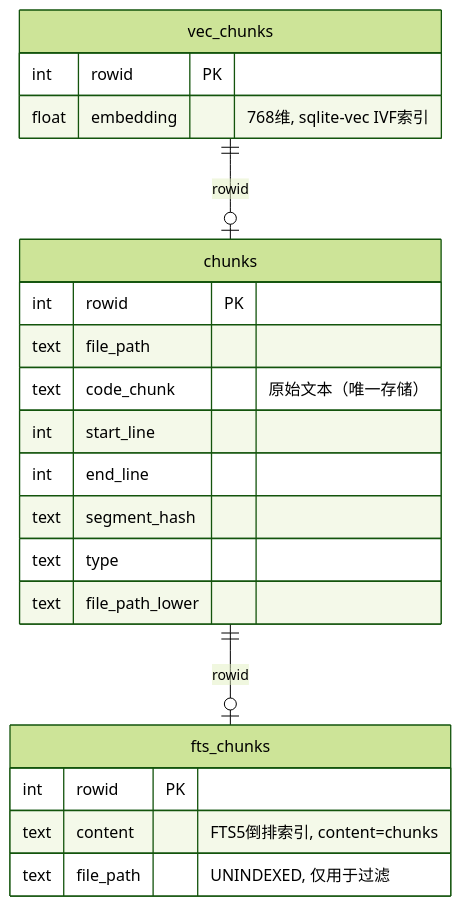
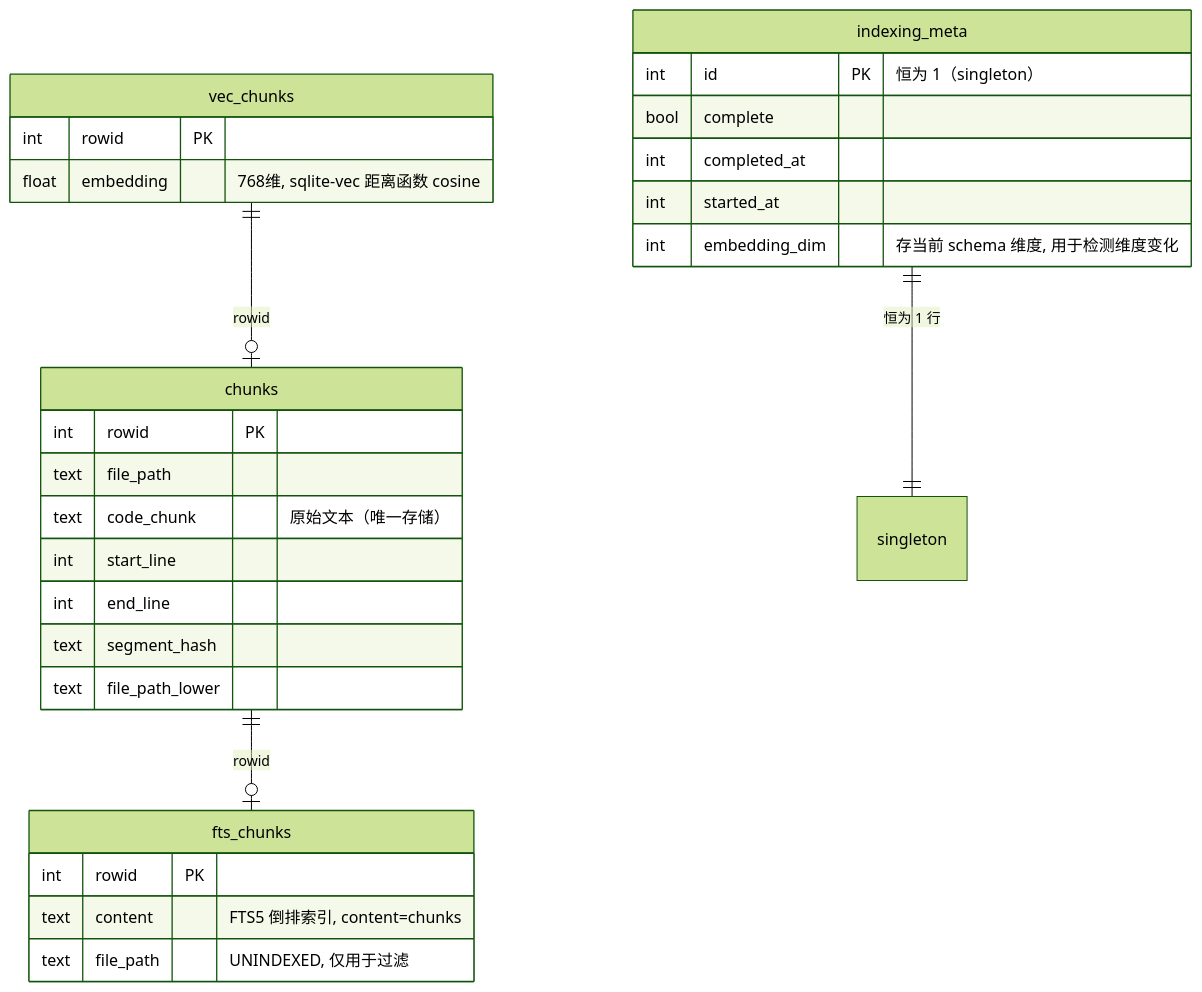
The diagram in docs/plans/260529-local-vector-store.md (anrgct/autodev-codebase), drawn with Mermaid (forest theme) before and after one commit. The commit also changed other lines of this file and 25 other files, not shown here.

````diff
--- a/docs/plans/260529-local-vector-store.md
+++ b/docs/plans/260529-local-vector-store.md
@@ -86,25 +158,32 @@
 ```mermaid
 erDiagram
     vec_chunks ||--o| chunks : rowid
     chunks ||--o| fts_chunks : rowid
+    indexing_meta ||--|| singleton : "恒为 1 行"
 
     vec_chunks {
         int rowid PK
-        float embedding  "768维, sqlite-vec IVF索引"
+        float embedding  "768维, sqlite-vec 距离函数 cosine"
     }
     chunks {
         int rowid PK
         text file_path
         text code_chunk  "原始文本（唯一存储）"
         int start_line
         int end_line
         text segment_hash
-        text type
         text file_path_lower
     }
     fts_chunks {
         int rowid PK
-        text content      "FTS5倒排索引, content=chunks"
+        text content      "FTS5 倒排索引, content=chunks"
         text file_path    "UNINDEXED, 仅用于过滤"
     }
+    indexing_meta {
+        int id PK         "恒为 1（singleton）"
+        bool complete
+        int completed_at
+        int started_at
+        int embedding_dim "存当前 schema 维度, 用于检测维度变化"
+    }
 ```
````
